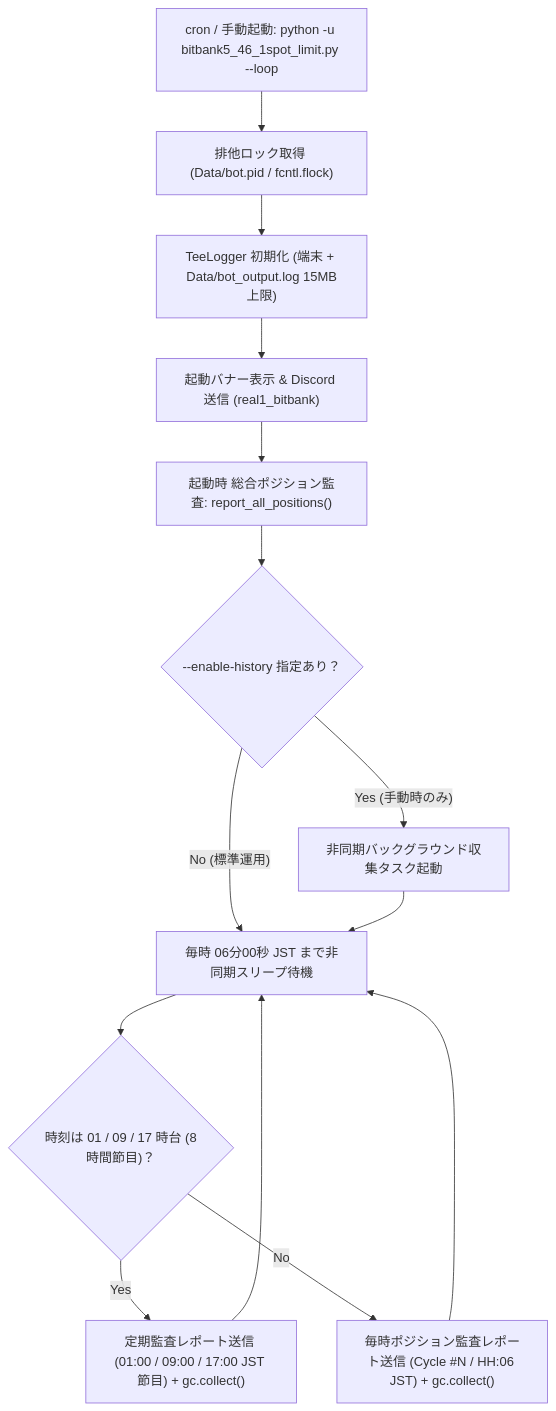
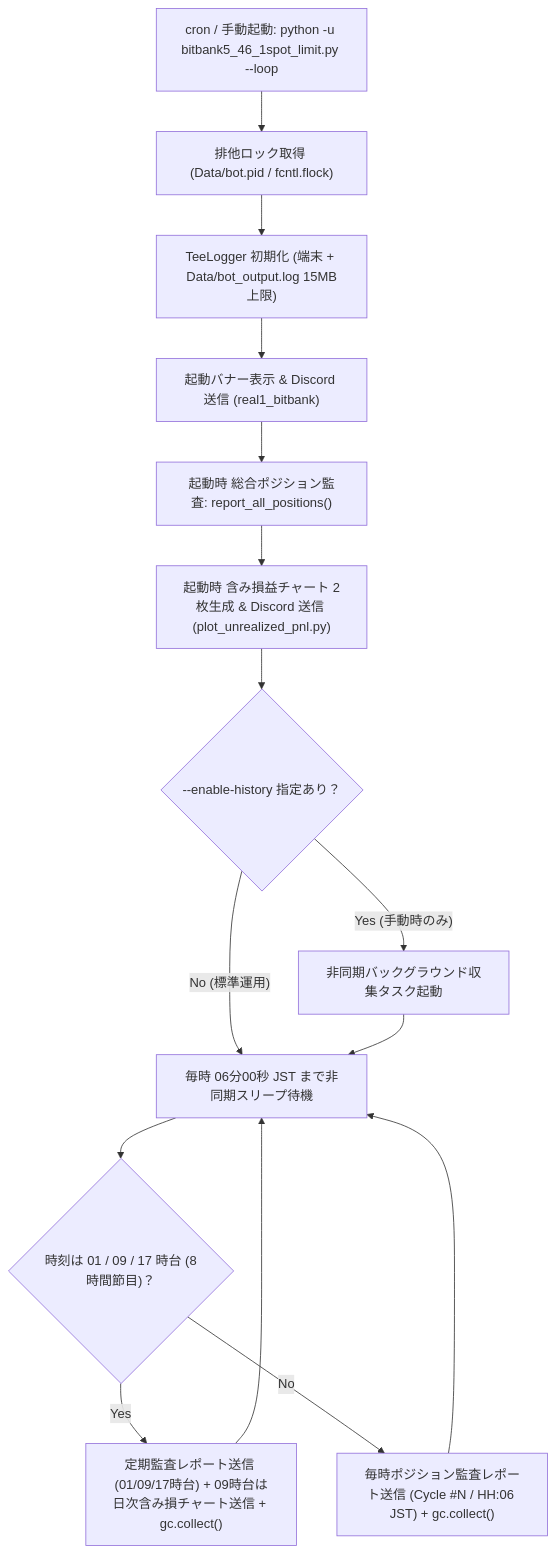
Before and after one commit to motioFX/bingx5_46: the diagram in PROJECT_RULES.md, drawn with Mermaid. The commit also changed other lines of this file and 2 other files, not shown here.

Commit message:
Upload unrealized PnL charts to Discord on bot startup and daily at 09:06 JST

````diff
--- a/PROJECT_RULES.md
+++ b/PROJECT_RULES.md
@@ -37,17 +38,18 @@
 ```mermaid
 flowchart TD
     Start["cron / 手動起動: python -u bitbank5_46_1spot_limit.py --loop"] --> Lock["排他ロック取得 (Data/bot.pid / fcntl.flock)"]
     Lock --> LogInit["TeeLogger 初期化 (端末 + Data/bot_output.log 15MB上限)"]
     LogInit --> Banner["起動バナー表示 & Discord 送信 (real1_bitbank)"]
     Banner --> InitAudit["起動時 総合ポジション監査: report_all_positions()"]
-    InitAudit --> HistCheck{"--enable-history 指定あり？"}
+    InitAudit --> InitPnlChart["起動時 含み損益チャート 2枚生成 & Discord 送信 (plot_unrealized_pnl.py)"]
+    InitPnlChart --> HistCheck{"--enable-history 指定あり？"}
     HistCheck -- "No (標準運用)" --> LoopWait["毎時 06分00秒 JST まで非同期スリープ待機"]
     HistCheck -- "Yes (手動時のみ)" --> SyncBg["非同期バックグラウンド収集タスク起動"]
     SyncBg --> LoopWait
 
     LoopWait --> SlotCheck{"時刻は 01 / 09 / 17 時台 (8時間節目)？"}
-    SlotCheck -- "Yes" --> PeriodicAudit["定期監査レポート送信 (01:00 / 09:00 / 17:00 JST 節目) + gc.collect()"]
+    SlotCheck -- "Yes" --> PeriodicAudit["定期監査レポート送信 (01/09/17時台) + 09時台は日次含み損チャート送信 + gc.collect()"]
     SlotCheck -- "No" --> HourlyAudit["毎時ポジション監査レポート送信 (Cycle #N / HH:06 JST) + gc.collect()"]
     PeriodicAudit --> LoopWait
     HourlyAudit --> LoopWait
 ```
````
